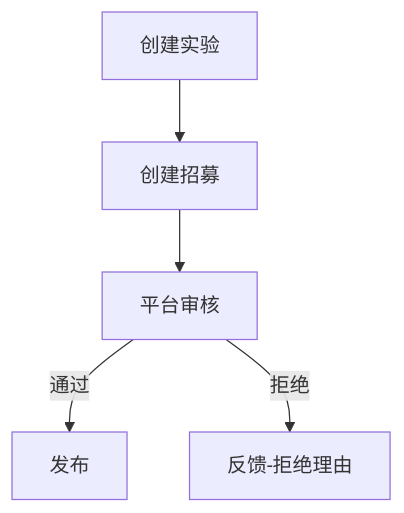
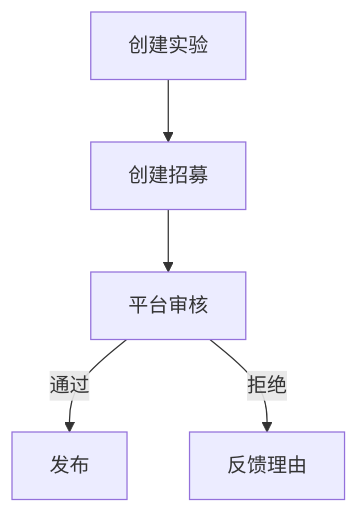
One commit to bluebones-team/essai changed the fourth of 5 diagrams in packages/browser/README.md. Above: the diagram before and after it, drawn with Mermaid. The commit also changed other lines of this file and 72 other files, not shown here.

````diff
--- a/packages/browser/README.md
+++ b/packages/browser/README.md
@@ -31,5 +35,5 @@
 ```mermaid
 graph
 创建实验 --> 创建招募 --> 平台审核 -->|通过| 发布
-平台审核 -->|拒绝| 反馈-拒绝理由
+平台审核 -->|拒绝| 反馈理由
 ```
````
